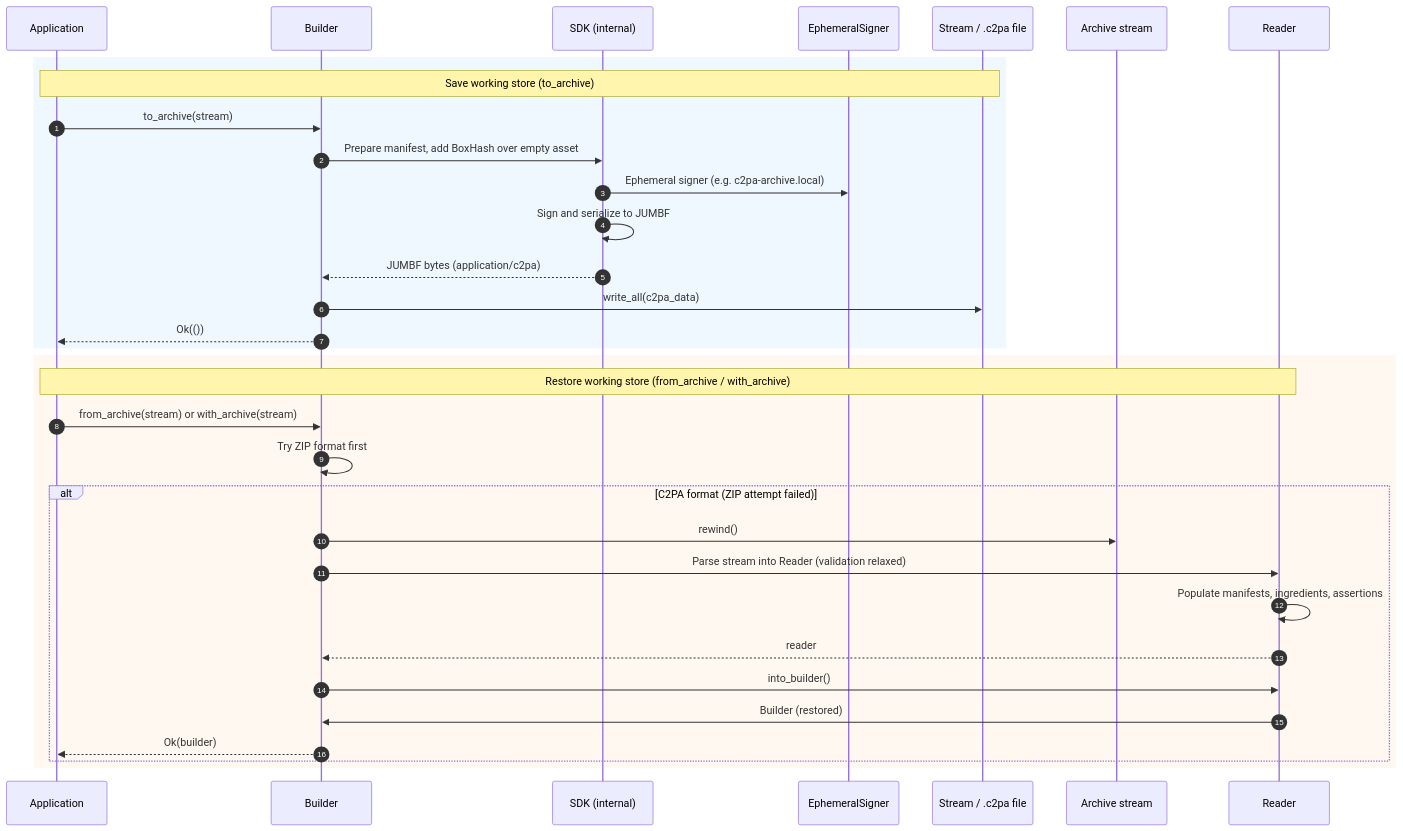
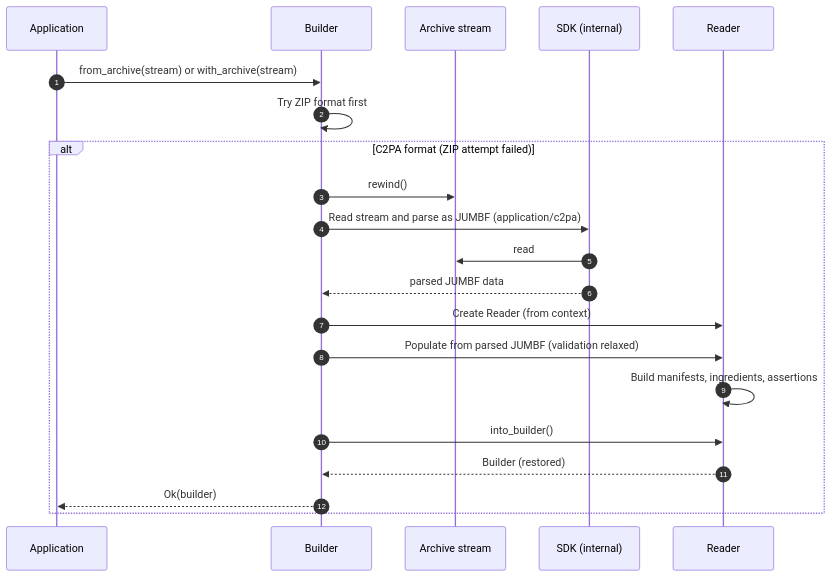
Before and after one commit to contentauth/c2pa-rs: the second of 2 diagrams in docs/working-stores.md, drawn with Mermaid. The commit also changed other lines of this file, not shown here.

Commit message:
Refine documentation

````diff
--- a/docs/working-stores.md
+++ b/docs/working-stores.md
@@ -59,38 +75,24 @@
 ```mermaid
 sequenceDiagram
     autonumber
     participant App as Application
     participant Builder as Builder
+    participant ArchiveStream as Archive stream
     participant Internal as SDK (internal)
-    participant Signer as EphemeralSigner
-    participant Stream as Stream / .c2pa file
-
-    rect rgb(240, 248, 255)
-        Note over App,Stream: Save working store (to_archive)
-        App->>Builder: to_archive(stream)
-        Builder->>Internal: Prepare manifest, add BoxHash over empty asset
-        Internal->>Signer: Ephemeral signer (e.g. c2pa-archive.local)
-        Internal->>Internal: Sign and serialize to JUMBF
-        Internal-->>Builder: JUMBF bytes (application/c2pa)
-        Builder->>Stream: write_all(c2pa_data)
-        Builder-->>App: Ok(())
-    end
-
-    participant ArchiveStream as Archive stream
     participant Reader as Reader
 
-    rect rgb(255, 248, 240)
-        Note over App,Reader: Restore working store (from_archive / with_archive)
-        App->>Builder: from_archive(stream) or with_archive(stream)
-        Builder->>Builder: Try ZIP format first
-        alt C2PA format (ZIP attempt failed)
-            Builder->>ArchiveStream: rewind()
-            Builder->>Reader: Parse stream into Reader (validation relaxed)
-            Reader->>Reader: Populate manifests, ingredients, assertions
-            Reader-->>Builder: reader
-            Builder->>Reader: into_builder()
-            Reader->>Builder: Builder (restored)
-            Builder-->>App: Ok(builder)
-        end
+    App->>Builder: from_archive(stream) or with_archive(stream)
+    Builder->>Builder: Try ZIP format first
+    alt C2PA format (ZIP attempt failed)
+        Builder->>ArchiveStream: rewind()
+        Builder->>Internal: Read stream and parse as JUMBF (application/c2pa)
+        Internal->>ArchiveStream: read
+        Internal-->>Builder: parsed JUMBF data
+        Builder->>Reader: Create Reader (from context)
+        Builder->>Reader: Populate from parsed JUMBF (validation relaxed)
+        Reader->>Reader: Build manifests, ingredients, assertions
+        Builder->>Reader: into_builder()
+        Reader-->>Builder: Builder (restored)
+        Builder-->>App: Ok(builder)
     end
 ```
````
